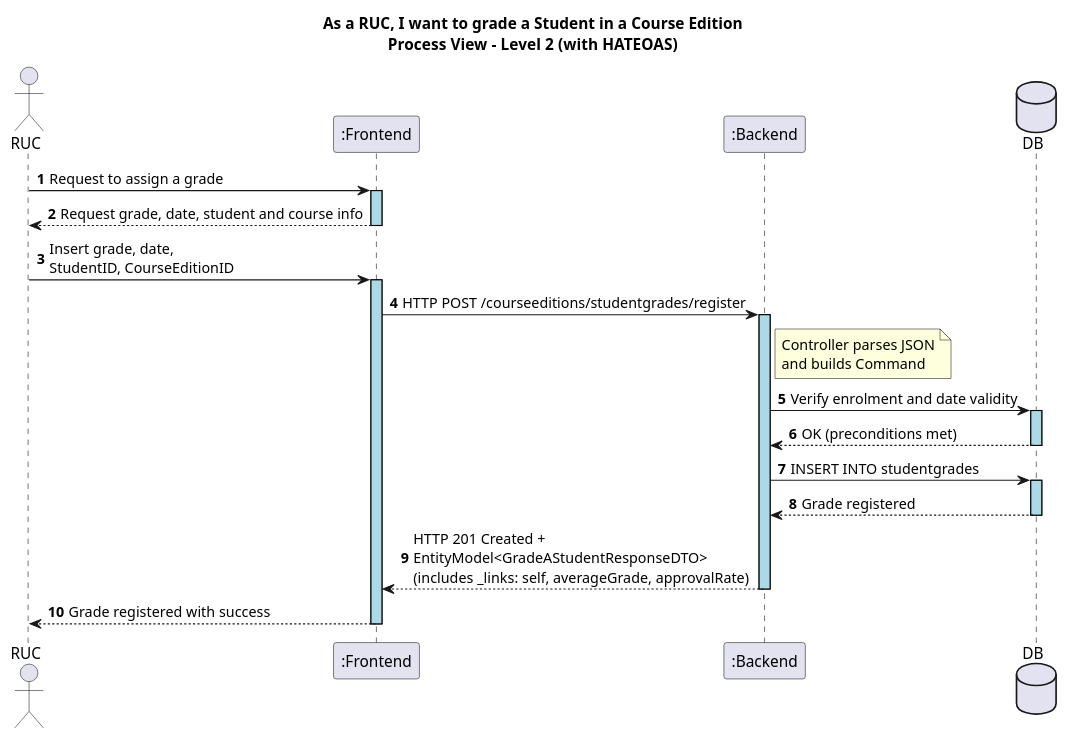
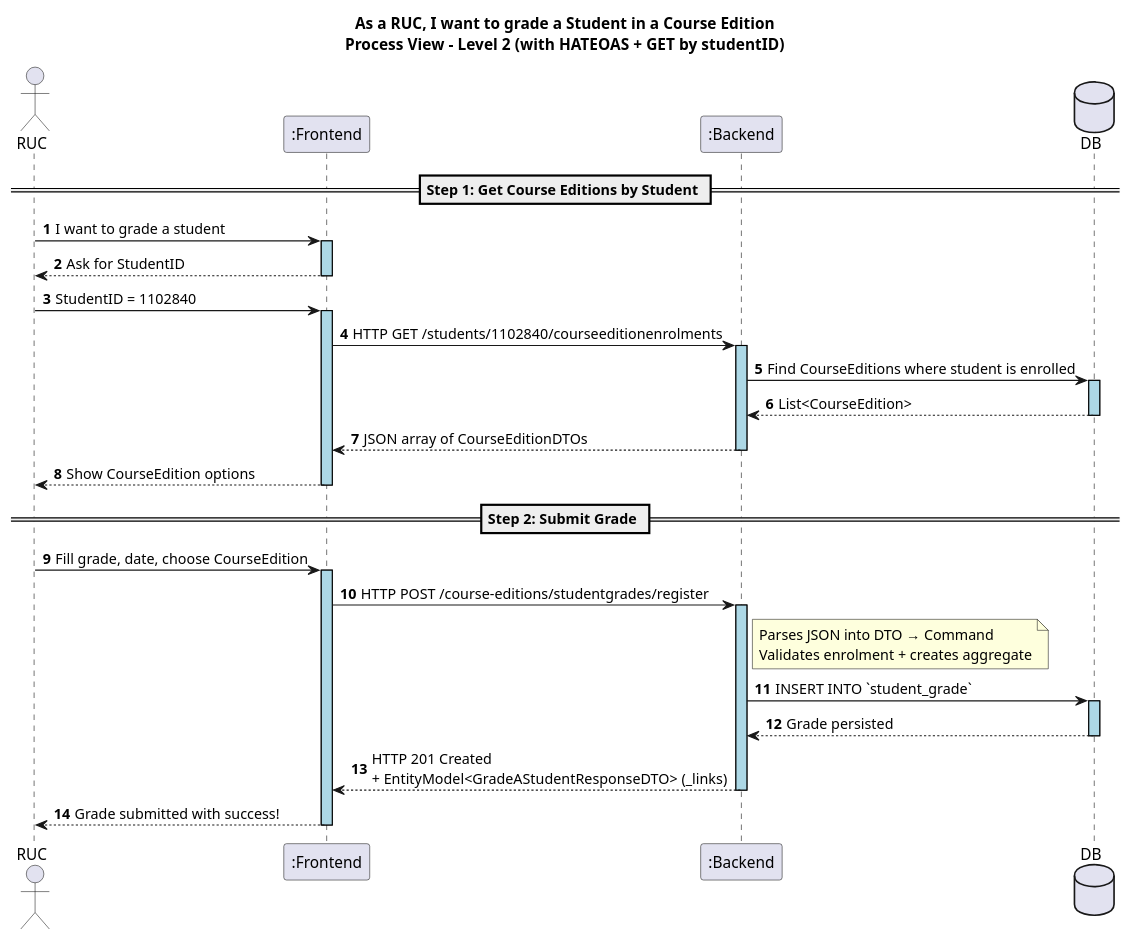
One commit to GasparISEP/DevOps-PAI changed the diagram in docs/US22/Sprint7/ProcessView/Level2.puml. Above: the diagram before and after it, drawn with PlantUML.

Commit message:
Update ProcessView Level 2 diagram for HATEOAS flow (Issue #685)

```diff
--- a/docs/US22/Sprint7/ProcessView/Level2.puml
+++ b/docs/US22/Sprint7/ProcessView/Level2.puml
@@ -1,31 +1,40 @@
 @startuml
 autonumber
 
 skinparam sequence {
    LifelineBorderColor black
    LifelineBackgroundColor LightBlue
  }
 
-title As a RUC, I want to grade a Student in a Course Edition\nProcess View – Level 2 (with HATEOAS)
+title As a RUC, I want to grade a Student in a Course Edition\nProcess View – Level 2 (with HATEOAS + GET by studentID)
 
 actor "RUC" as RUC
 participant ":Frontend" as FE
 participant ":Backend" as BE
 database DB
 
-RUC -> FE ++: Request to assign a grade
-FE --> RUC --: Request grade, date, student and course info
-RUC -> FE ++: Insert grade, date,\nStudentID, CourseEditionID
+== Step 1: Get Course Editions by Student ==
 
-FE -> BE ++: HTTP POST /courseeditions/studentgrades/register
-note right of BE: Controller parses JSON\nand builds Command
-BE -> DB ++: Verify enrolment and date validity
-DB --> BE --: OK (preconditions met)
+RUC -> FE ++: I want to grade a student
+FE --> RUC --: Ask for StudentID
+RUC -> FE ++: StudentID = 1102840
 
-BE -> DB ++: INSERT INTO studentgrades
-DB --> BE --: Grade registered
+FE -> BE ++: HTTP GET /students/1102840/courseeditionenrolments
+BE -> DB ++: Find CourseEditions where student is enrolled
+DB --> BE --: List<CourseEdition>
+BE --> FE --: JSON array of CourseEditionDTOs
+FE --> RUC --: Show CourseEdition options
 
-BE --> FE --: HTTP 201 Created +\nEntityModel<GradeAStudentResponseDTO>\n(includes _links: self, averageGrade, approvalRate)
-FE --> RUC --: Grade registered with success
+== Step 2: Submit Grade ==
+
+RUC -> FE ++: Fill grade, date, choose CourseEdition
+FE -> BE ++: HTTP POST /course-editions/studentgrades/register
+note right of BE: Parses JSON into DTO → Command\nValidates enrolment + creates aggregate
+
+BE -> DB ++: INSERT INTO `student_grade`
+DB --> BE --: Grade persisted
+
+BE --> FE --: HTTP 201 Created\n+ EntityModel<GradeAStudentResponseDTO> (_links)
+FE --> RUC --: Grade submitted with success!
 
 @enduml
```
